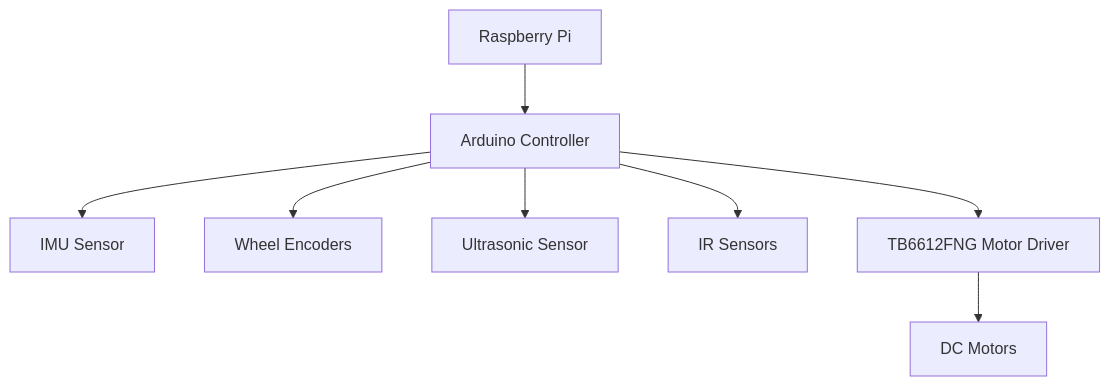
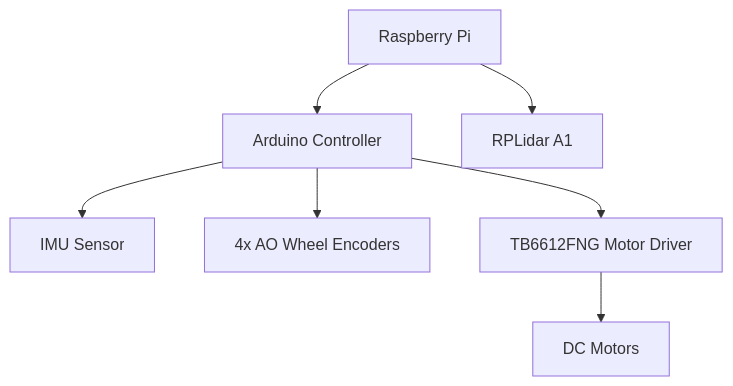
One commit to ismacarbo/Autonomus-Agent changed the fifth of 5 diagrams in documentation/Robot_Architecture_Overview.md. Above: the diagram before and after it, drawn with Mermaid. The commit also changed other lines of this file and 20 other files, not shown here.

````diff
--- a/documentation/Robot_Architecture_Overview.md
+++ b/documentation/Robot_Architecture_Overview.md
@@ -157,26 +157,24 @@
 ```mermaid
 graph TD
 
 Pi[Raspberry Pi]
 
 Arduino[Arduino Controller]
 
 IMU[IMU Sensor]
-Encoders[Wheel Encoders]
-Ultrasonic[Ultrasonic Sensor]
-IR[IR Sensors]
+Encoders[4x AO Wheel Encoders]
+Lidar[RPLidar A1]
 
 Driver[TB6612FNG Motor Driver]
 
 Motors[DC Motors]
 
 Pi --> Arduino
+Pi --> Lidar
 
 Arduino --> IMU
 Arduino --> Encoders
-Arduino --> Ultrasonic
-Arduino --> IR
 
 Arduino --> Driver
 Driver --> Motors
 ```
````
